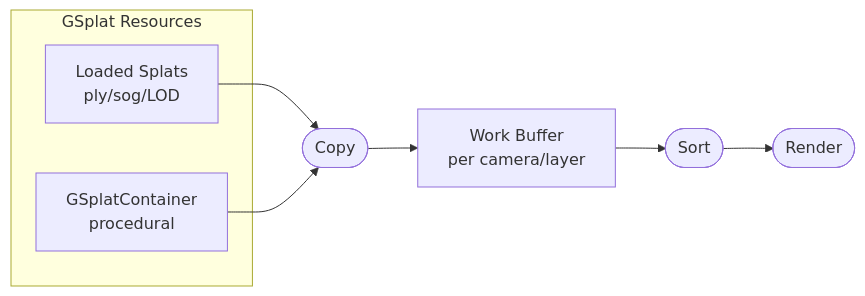
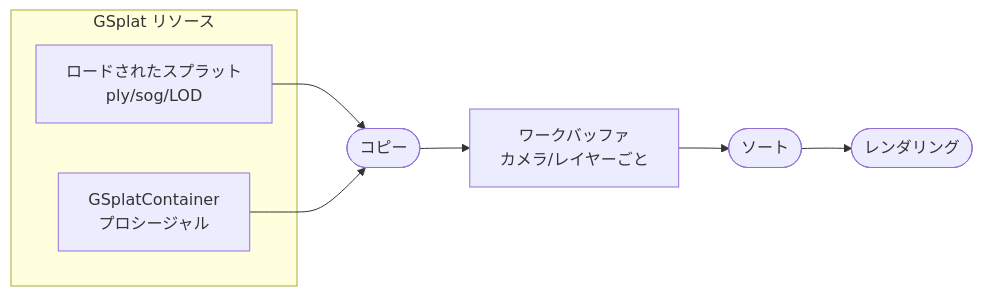
Before and after one commit to playcanvas/developer-site: the diagram in i18n/ja/docusaurus-plugin-content-docs/current/user-manual/gaussian-splatting/building/unified-rendering/index.md, drawn with Mermaid. The commit also changed other lines of this file and 15 other files, not shown here.

````diff
--- a/i18n/ja/docusaurus-plugin-content-docs/current/user-manual/gaussian-splatting/building/unified-rendering/index.md
+++ b/i18n/ja/docusaurus-plugin-content-docs/current/user-manual/gaussian-splatting/building/unified-rendering/index.md
@@ -29,21 +29,21 @@
 ```mermaid
 flowchart LR
-    subgraph Resources[GSplat Resources]
-        Loaded[Loaded Splats<br/>ply/sog/LOD]
-        Container[GSplatContainer<br/>procedural]
+    subgraph Resources[GSplat リソース]
+        Loaded[ロードされたスプラット<br/>ply/sog/LOD]
+        Container[GSplatContainer<br/>プロシージャル]
     end
     
-    Copy([Copy])
+    Copy([コピー])
     
-    WorkBuffer[Work Buffer<br/>per camera/layer]
+    WorkBuffer[ワークバッファ<br/>カメラ/レイヤーごと]
     
-    Sort([Sort])
+    Sort([ソート])
     
-    Render([Render])
+    Render([レンダリング])
     
     Loaded --> Copy
     Container --> Copy
     Copy --> WorkBuffer
     WorkBuffer --> Sort
     Sort --> Render
 ```
````
